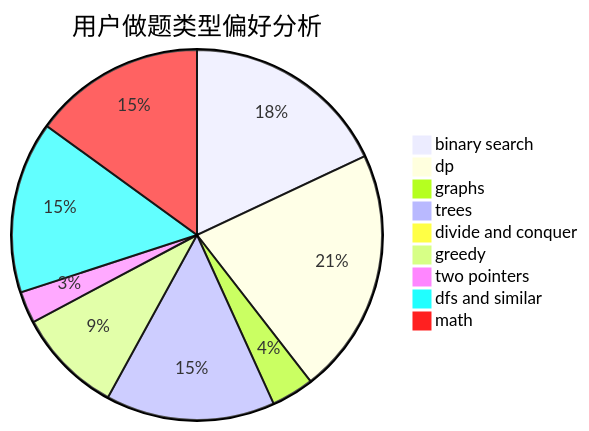
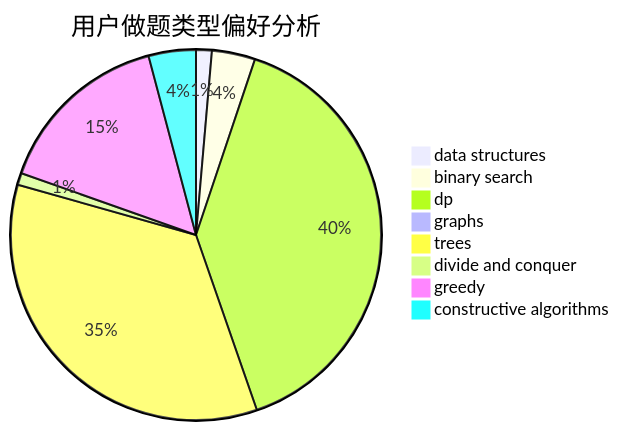
The second of 3 diagrams in docs/user/u2422.md (sherpahu/cfrs.github.io), drawn with Mermaid before and after one commit. The commit also changed other lines of this file and 2775 other files, not shown here.

````diff
--- a/docs/user/u2422.md
+++ b/docs/user/u2422.md
@@ -23,12 +23,11 @@
 ```mermaid
 pie title 用户做题类型偏好分析
-    "binary search" :  150
-    "dp" :  179
-    "graphs" :  31
-    "trees" :  123
-    "divide and conquer" :  7
-    "greedy" :  77
-    "two pointers" :  23
-    "dfs and similar" :  125
-    "math" :  125
+    "data structures" :  4
+    "binary search" :  11
+    "dp" :  115
+    "graphs" :  0
+    "trees" :  101
+    "divide and conquer" :  3
+    "greedy" :  45
+    "constructive algorithms" :  12
 ```
````
